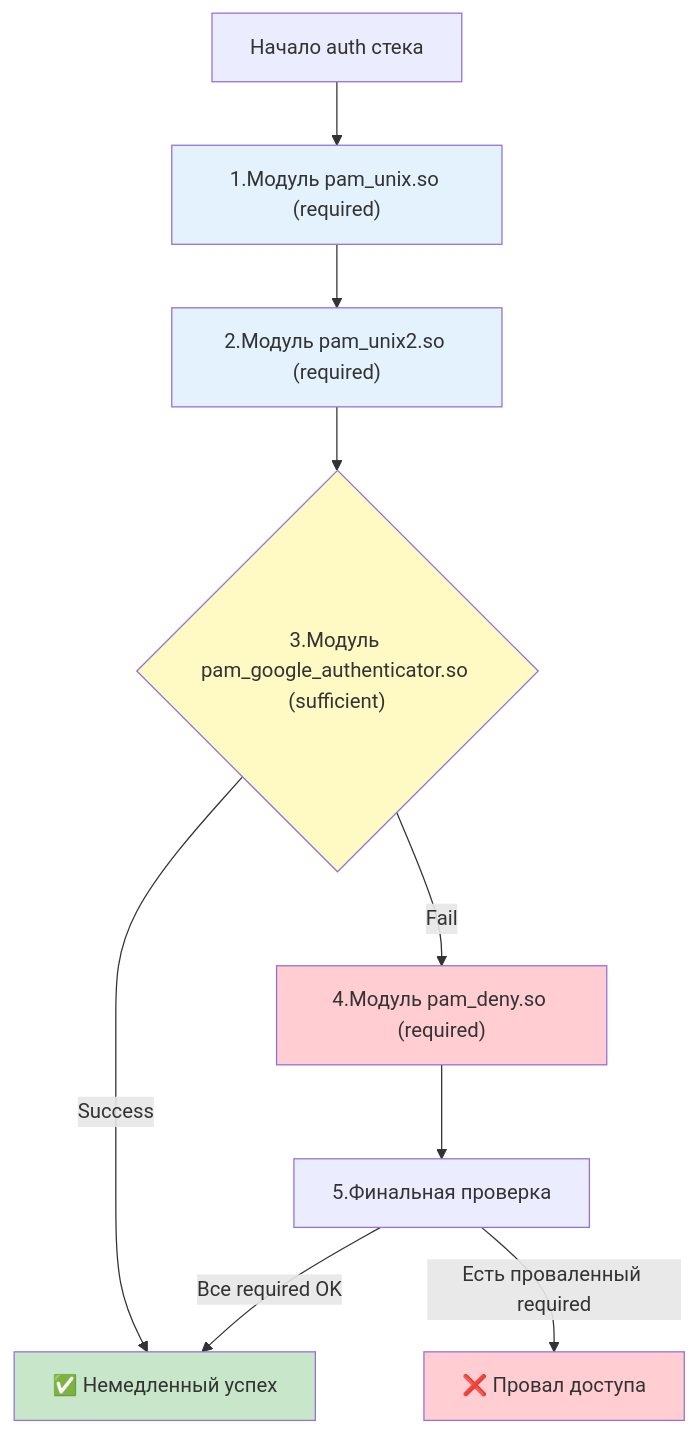
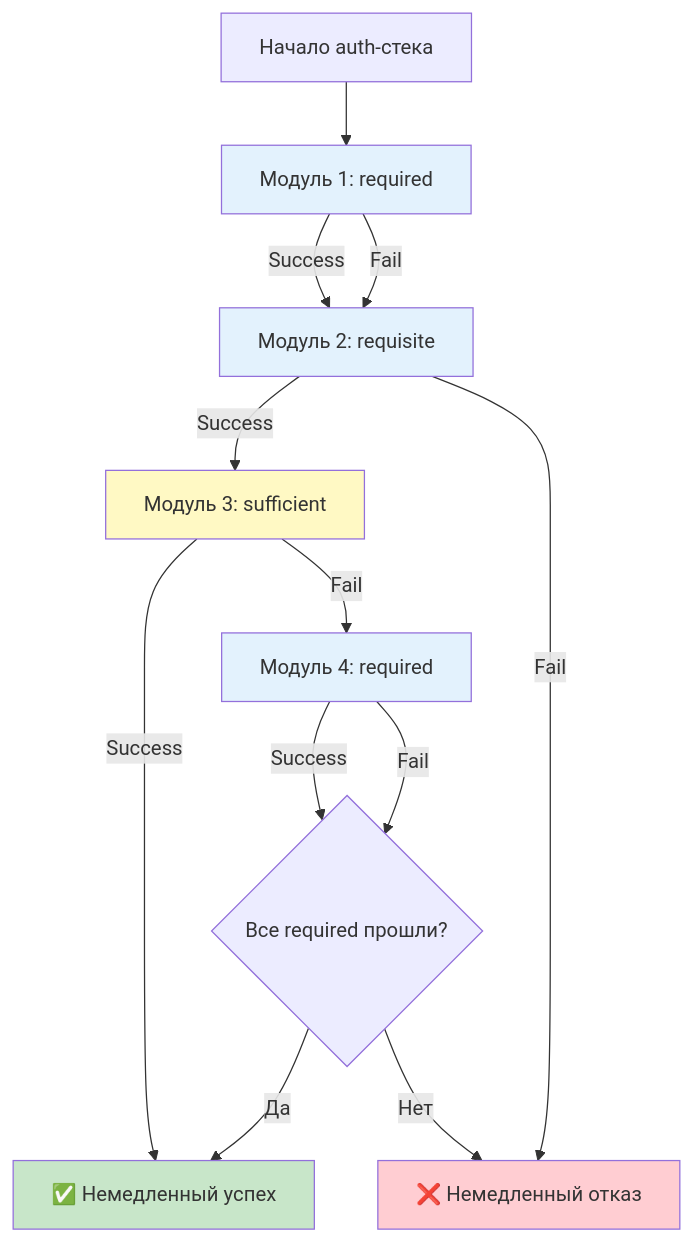
One commit to Dzhambulat-Kagermanov/obsidian-vault changed the fourth of 5 diagrams in DevOps/Сетевое и системное администрирование/1. Операционные системы/1. Linux/8. Пользователи, группы, аутентификация/6. PAM.md. Above: the diagram before and after it, drawn with Mermaid. The commit also changed other lines of this file, not shown here.

Commit message:
auto-backup: 2026-07-24 21:11:44 (1) M DevOps/Сетевое и системное администрирование/1. Операционные системы/1. Linux/8. Пользователи, группы, аутентификация/6. PAM.md

````diff
--- a/DevOps/Сетевое и системное администрирование/1. Операционные системы/1. Linux/8. Пользователи, группы, аутентификация/6. PAM.md
+++ b/DevOps/Сетевое и системное администрирование/1. Операционные системы/1. Linux/8. Пользователи, группы, аутентификация/6. PAM.md
@@ -184,18 +262,21 @@
 ```mermaid
 graph TD
-    Start["Начало auth стека"] --> M1["1.Модуль pam_unix.so (required)"]
-    M1 --> M2["2.Модуль pam_unix2.so (required)"]
-    M2 --> M3{"3.Модуль pam_google_authenticator.so (sufficient)"}
+    Start["Начало auth-стека"] --> M1["Модуль 1: required"]
+    M1 -->|Success| M2["Модуль 2: requisite"]
+    M1 -->|Fail| M2
+    M2 -->|Success| M3["Модуль 3: sufficient"]
+    M2 -->|Fail| EndFail["❌ Немедленный отказ"]
     M3 -->|Success| EndOK["✅ Немедленный успех"]
-    M3 -->|Fail| M4["4.Модуль pam_deny.so (required)"]
-    M4 --> EndCheck["5.Финальная проверка"]
-    EndCheck -->|Все required OK| EndOK
-    EndCheck -->|Есть проваленный required| EndFail["❌ Провал доступа"]
+    M3 -->|Fail| M4["Модуль 4: required"]
+    M4 -->|Success| Final{"Все required прошли?"}
+    M4 -->|Fail| Final
+    Final -->|Да| EndOK
+    Final -->|Нет| EndFail
     
     style M1 fill:#e3f2fd
     style M2 fill:#e3f2fd
     style M3 fill:#fff9c4
-    style M4 fill:#ffcdd2
+    style M4 fill:#e3f2fd
     style EndOK fill:#c8e6c9
     style EndFail fill:#ffcdd2
 ```
````
